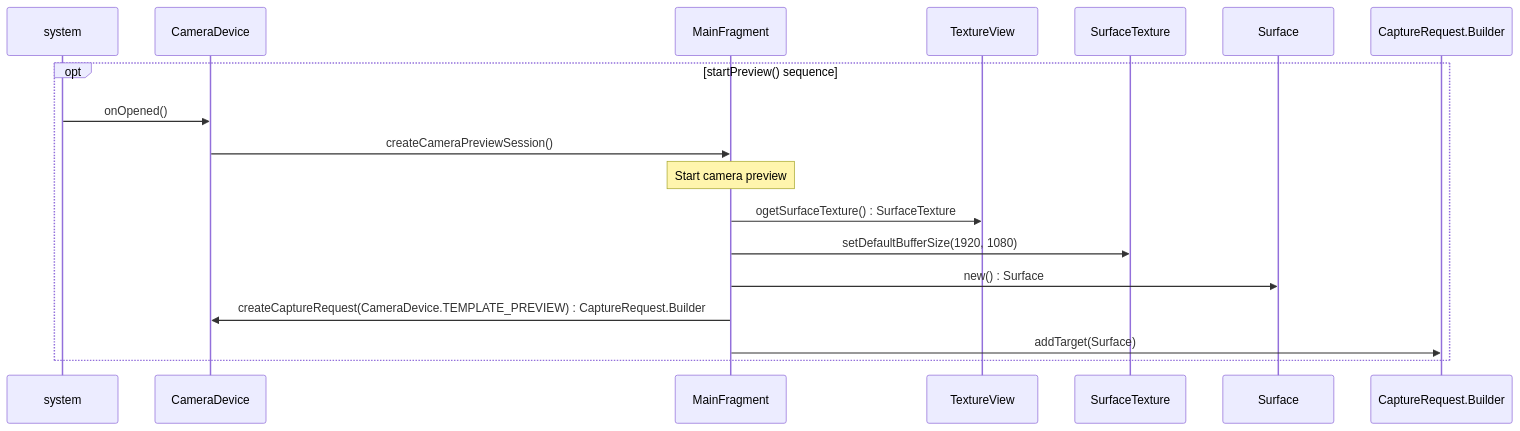
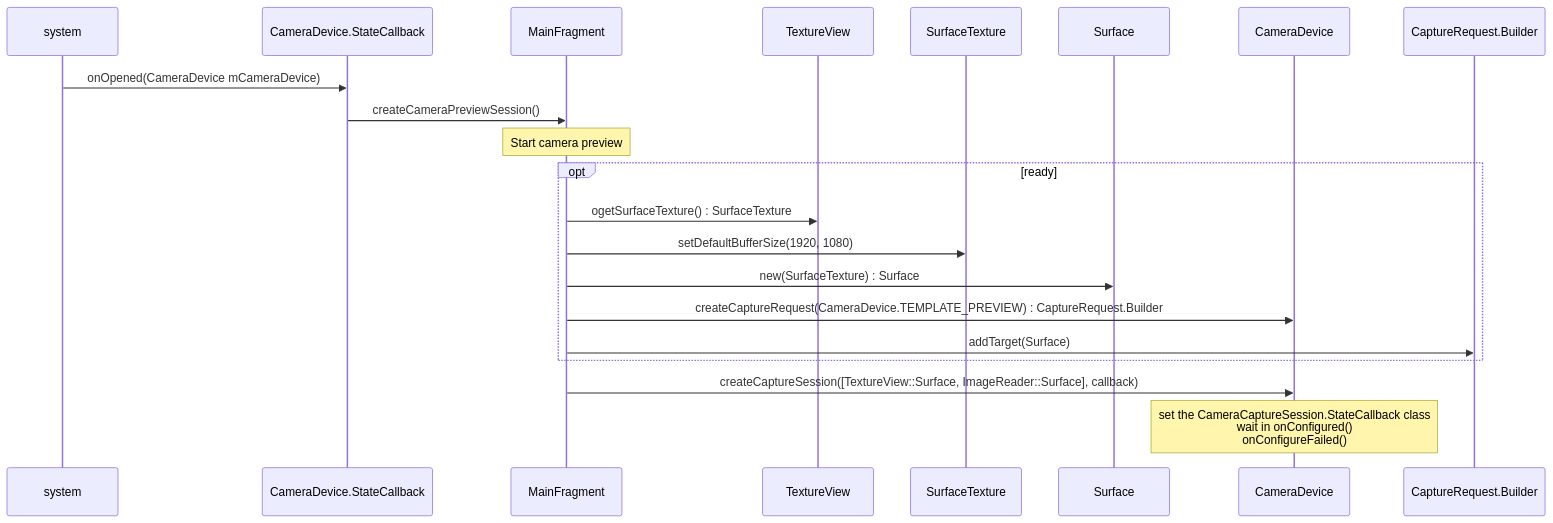
Before and after one commit to aaaa1597/And-OneShotCamera: the fourth of 5 diagrams in README.md, drawn with Mermaid. The commit also changed other lines of this file, not shown here.

````diff
--- a/README.md
+++ b/README.md
@@ -60,13 +60,15 @@
 ```mermaid
 sequenceDiagram
-opt startPreview() sequence
-	system ->> CameraDevice: onOpened()
-	CameraDevice->> MainFragment : createCameraPreviewSession()
-	Note over MainFragment : Start camera preview
+system ->> CameraDevice.StateCallback: onOpened(CameraDevice mCameraDevice)
+CameraDevice.StateCallback ->> MainFragment : createCameraPreviewSession()
+Note over MainFragment : Start camera preview
+opt ready
 	MainFragment ->> TextureView: ogetSurfaceTexture() : SurfaceTexture
 	MainFragment ->> SurfaceTexture: setDefaultBufferSize(1920, 1080)
-	MainFragment ->> Surface: new() : Surface
+	MainFragment ->> Surface: new(SurfaceTexture) : Surface
 	MainFragment ->> CameraDevice: createCaptureRequest(CameraDevice.TEMPLATE_PREVIEW) : CaptureRequest.Builder
 	MainFragment ->> CaptureRequest.Builder: addTarget(Surface)
 end
+MainFragment ->> CameraDevice: createCaptureSession([TextureView::Surface, ImageReader::Surface], callback)
+Note over CameraDevice: set the CameraCaptureSession.StateCallback class<br> wait in onConfigured()<br> onConfigureFailed()
 ```
````
